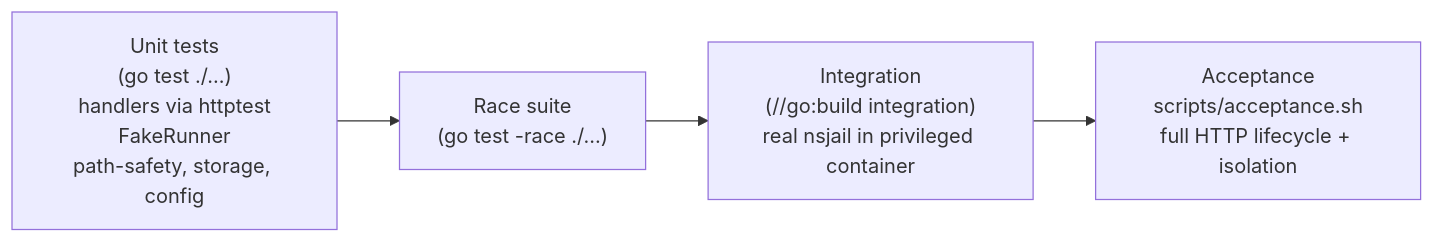
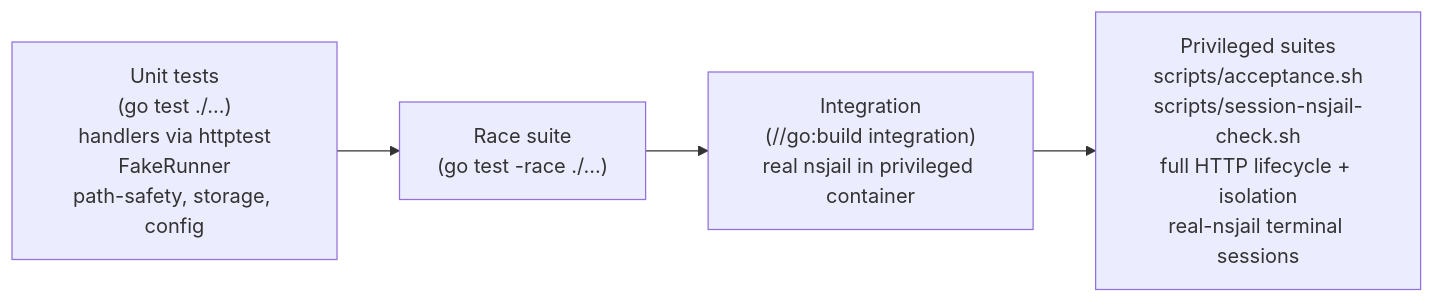
One commit to M3-mo2/cloud-service changed diagram 17 of 17 in docs/ARCHITECTURE.md. Above: the diagram before and after it, drawn with Mermaid. The commit also changed other lines of this file and 4 other files, not shown here.

First line of the commit message:
test(sessions): adopt and extend the real-nsjail acceptance harness

````diff
--- a/docs/ARCHITECTURE.md
+++ b/docs/ARCHITECTURE.md
@@ -899,6 +899,6 @@
 ```mermaid
 flowchart LR
     U["Unit tests\n(go test ./...)\nhandlers via httptest\nFakeRunner\npath-safety, storage, config"] --> R["Race suite\n(go test -race ./...)"]
     R --> I["Integration\n(//go:build integration)\nreal nsjail in privileged container"]
-    I --> A["Acceptance\nscripts/acceptance.sh\nfull HTTP lifecycle + isolation"]
+    I --> A["Privileged suites\nscripts/acceptance.sh\nscripts/session-nsjail-check.sh\nfull HTTP lifecycle + isolation\nreal-nsjail terminal sessions"]
 ```
````
